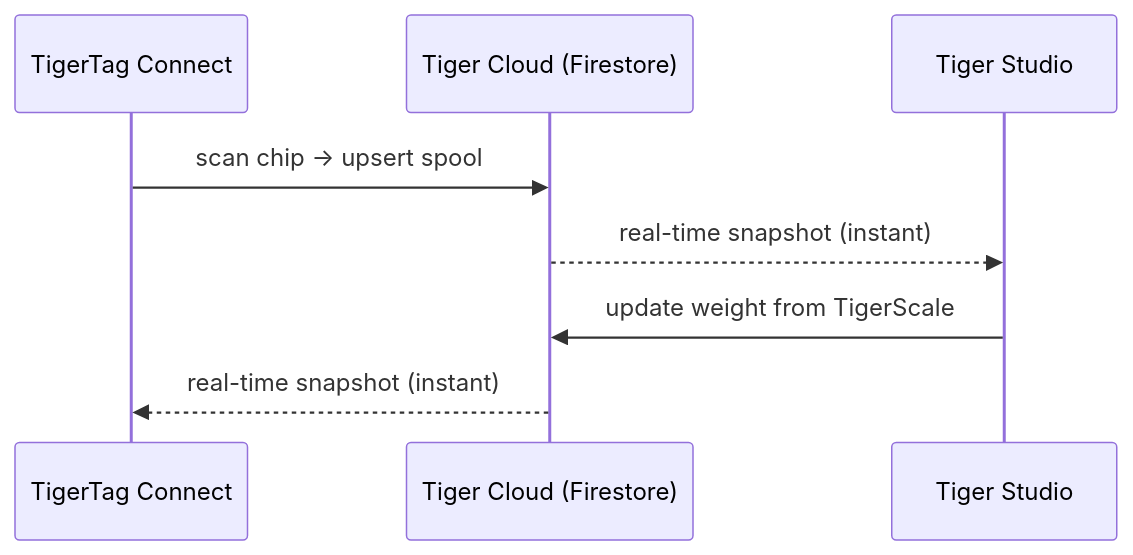
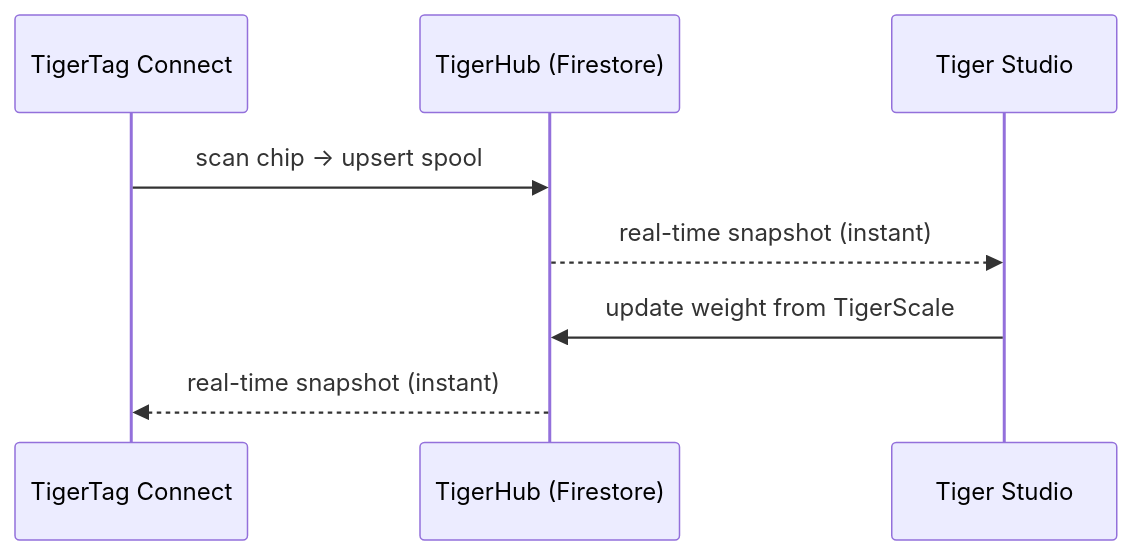
Before and after one commit to TigerTag-Project/TigerSystem-Docs: the diagram in docs/concepts/inventory-and-cloud-sync.md, drawn with Mermaid. The commit also changed other lines of this file and 23 other files, not shown here.

Commit message:
Fix terminology: the Firebase account backbone is TigerHub (drop the invented 'Tiger Cloud' name, merge the two product pages)

````diff
--- a/docs/concepts/inventory-and-cloud-sync.md
+++ b/docs/concepts/inventory-and-cloud-sync.md
@@ -9,10 +9,10 @@
 ```mermaid
 sequenceDiagram
     participant Phone as TigerTag Connect
-    participant Cloud as Tiger Cloud (Firestore)
+    participant Cloud as TigerHub (Firestore)
     participant Desktop as Tiger Studio
     Phone->>Cloud: scan chip → upsert spool
     Cloud-->>Desktop: real-time snapshot (instant)
     Desktop->>Cloud: update weight from TigerScale
     Cloud-->>Phone: real-time snapshot (instant)
 ```
````
